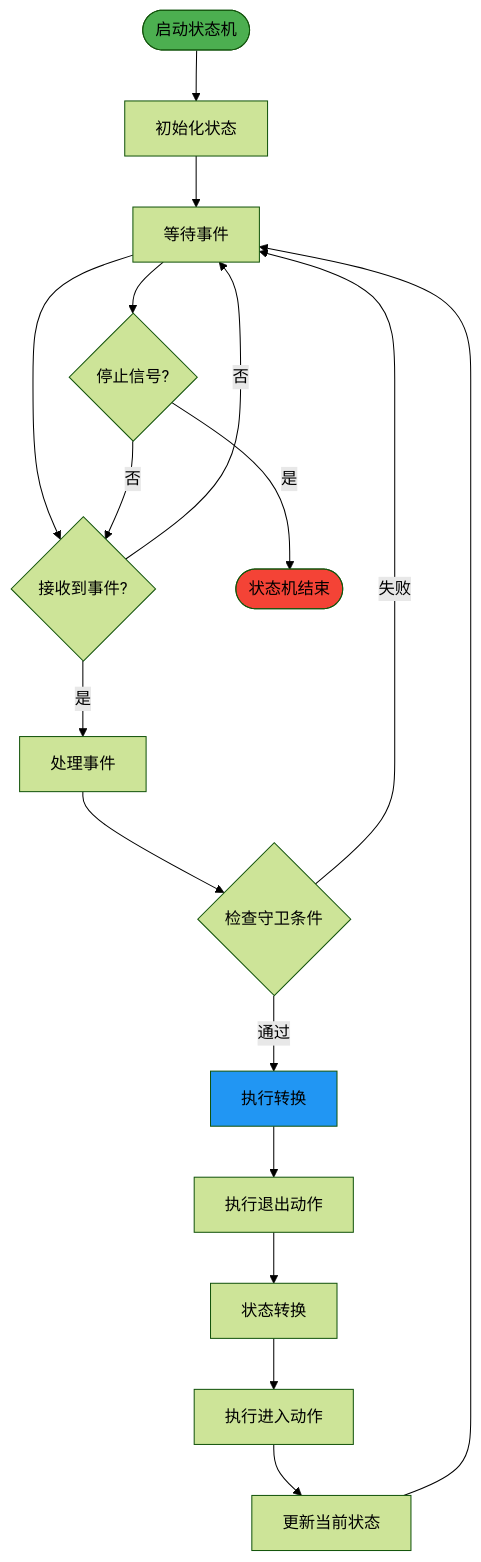
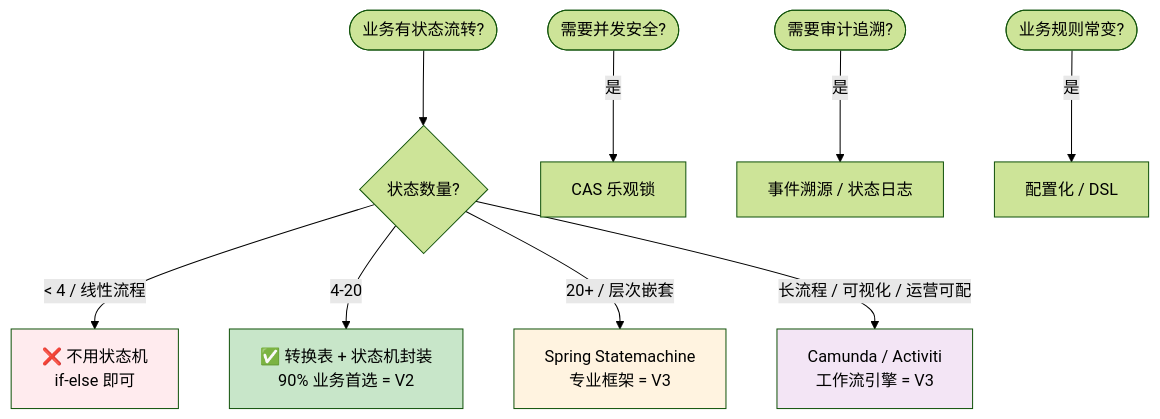
Diagram 18 of 18 in 00.通用技术的提升/07.方案设计思想/6.研发的效能/28.状态机设计的思想.md (chongyang211/YCBookBlog), drawn with Mermaid (forest theme) before and after one commit. The commit also changed other lines of this file and 5 other files, not shown here.

````diff
--- a/00.通用技术的提升/07.方案设计思想/6.研发的效能/28.状态机设计的思想.md
+++ b/00.通用技术的提升/07.方案设计思想/6.研发的效能/28.状态机设计的思想.md
@@ -1328,27 +953,18 @@
 ```mermaid
 flowchart TD
-    Start([启动状态机]) --> Init[初始化状态]
-    Init --> Wait[等待事件]
+    Start([业务有状态流转?]) --> First{状态数量?}
     
-    Wait --> Event{接收到事件?}
-    Event -->|是| Process[处理事件]
-    Event -->|否| Wait
+    First -->|< 4 / 线性流程| Skip[❌ 不用状态机<br/>if-else 即可]
+    First -->|4-20| Table[✅ 转换表 + 状态机封装<br/>90% 业务首选 = V2]
+    First -->|20+ / 层次嵌套| Frame[Spring Statemachine<br/>专业框架 = V3]
+    First -->|长流程 / 可视化 / 运营可配| BPM[Camunda / Activiti<br/>工作流引擎 = V3]
     
-    Process --> Guard{检查守卫条件}
-    Guard -->|通过| Execute[执行转换]
-    Guard -->|失败| Wait
+    Q2([需要并发安全?]) -->|是| CAS[CAS 乐观锁]
+    Q3([需要审计追溯?]) -->|是| ES[事件溯源 / 状态日志]
+    Q4([业务规则常变?]) -->|是| Cfg[配置化 / DSL]
     
-    Execute --> ExitAction[执行退出动作]
-    ExitAction --> Transition[状态转换]
-    Transition --> EnterAction[执行进入动作]
-    EnterAction --> Update[更新当前状态]
-    Update --> Wait
-    
-    Wait --> Stop{停止信号?}
-    Stop -->|是| End([状态机结束])
-    Stop -->|否| Event
-    
-    style Start fill:#4caf50
-    style End fill:#f44336
-    style Execute fill:#2196f3
+    style Skip fill:#ffebee
+    style Table fill:#c8e6c9
+    style Frame fill:#fff3e0
+    style BPM fill:#f3e5f5
 ```
````
